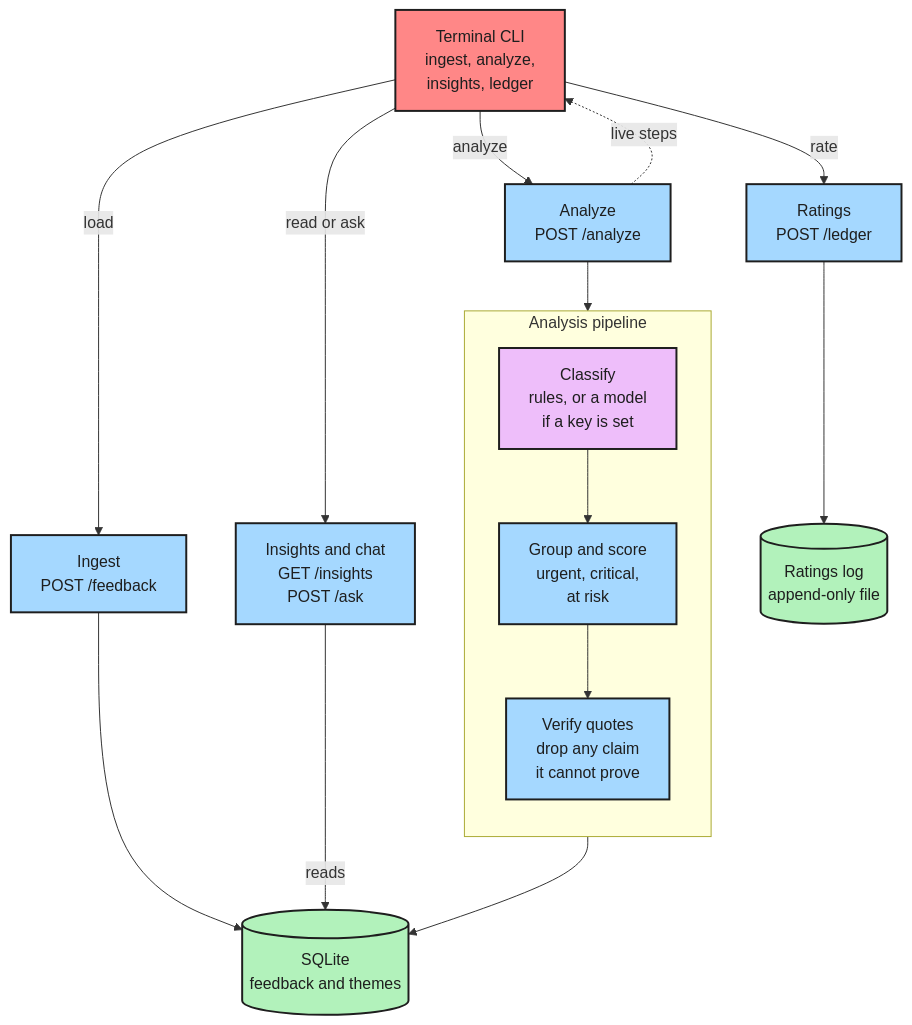
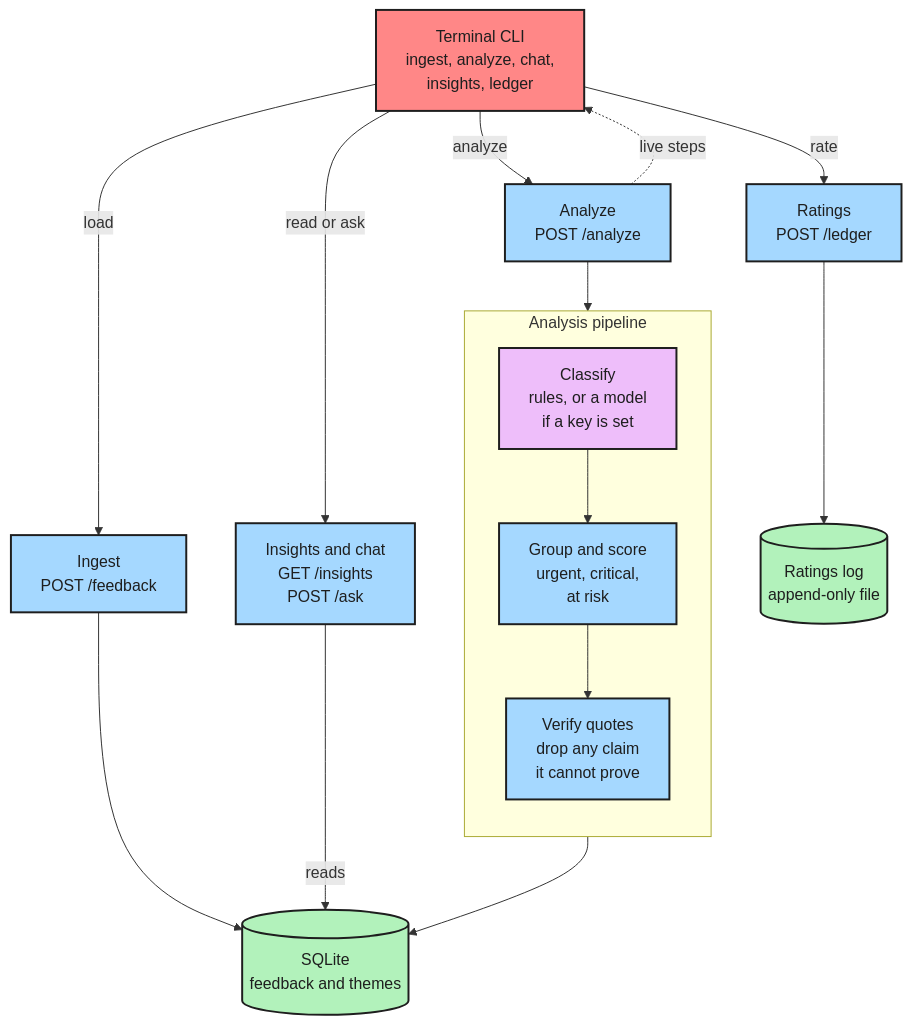
The diagram in README.md (jameswniu/customer-feedback-insights), drawn with Mermaid before and after one commit.

Commit message:
List chat in the diagram's CLI box

````diff
--- a/README.md
+++ b/README.md
@@ -45,26 +45,26 @@
 ```mermaid
 flowchart TB
-    CLI["Terminal CLI<br/>ingest, analyze,<br/>insights, ledger"]:::ui
+    CLI["Terminal CLI<br/>ingest, analyze, chat,<br/>insights, ledger"]:::ui
 
     CLI -->|load| ING["Ingest<br/>POST /feedback"]:::api
     CLI -->|analyze| ANA["Analyze<br/>POST /analyze"]:::api
     CLI -->|read or ask| INS["Insights and chat<br/>GET /insights<br/>POST /ask"]:::api
     CLI -->|rate| RAT["Ratings<br/>POST /ledger"]:::api
 
     subgraph PIPE["Analysis pipeline"]
         direction TB
         CLS["Classify<br/>rules, or a model<br/>if a key is set"]:::model --> SCO["Group and score<br/>urgent, critical,<br/>at risk"]:::api --> VER["Verify quotes<br/>drop any claim<br/>it cannot prove"]:::api
     end
 
     ANA --> PIPE
     ANA -. "live steps" .-> CLI
     ING --> DB
     PIPE --> DB[("SQLite<br/>feedback and themes")]:::data
     INS -->|reads| DB
     RAT --> LED[("Ratings log<br/>append-only file")]:::data
 
     classDef ui fill:#ff8787,stroke:#1e1e1e,color:#1e1e1e,stroke-width:2px;
     classDef api fill:#a5d8ff,stroke:#1e1e1e,color:#1e1e1e,stroke-width:2px;
     classDef model fill:#eebefa,stroke:#1e1e1e,color:#1e1e1e,stroke-width:2px;
     classDef data fill:#b2f2bb,stroke:#1e1e1e,color:#1e1e1e,stroke-width:2px;
 ```
````
